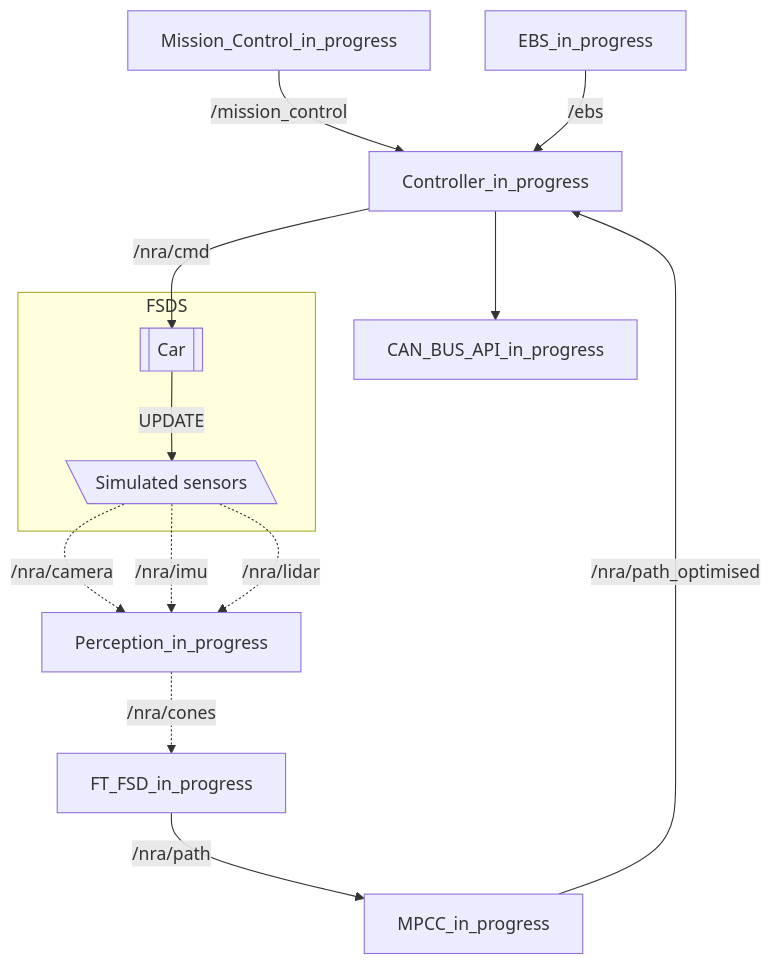
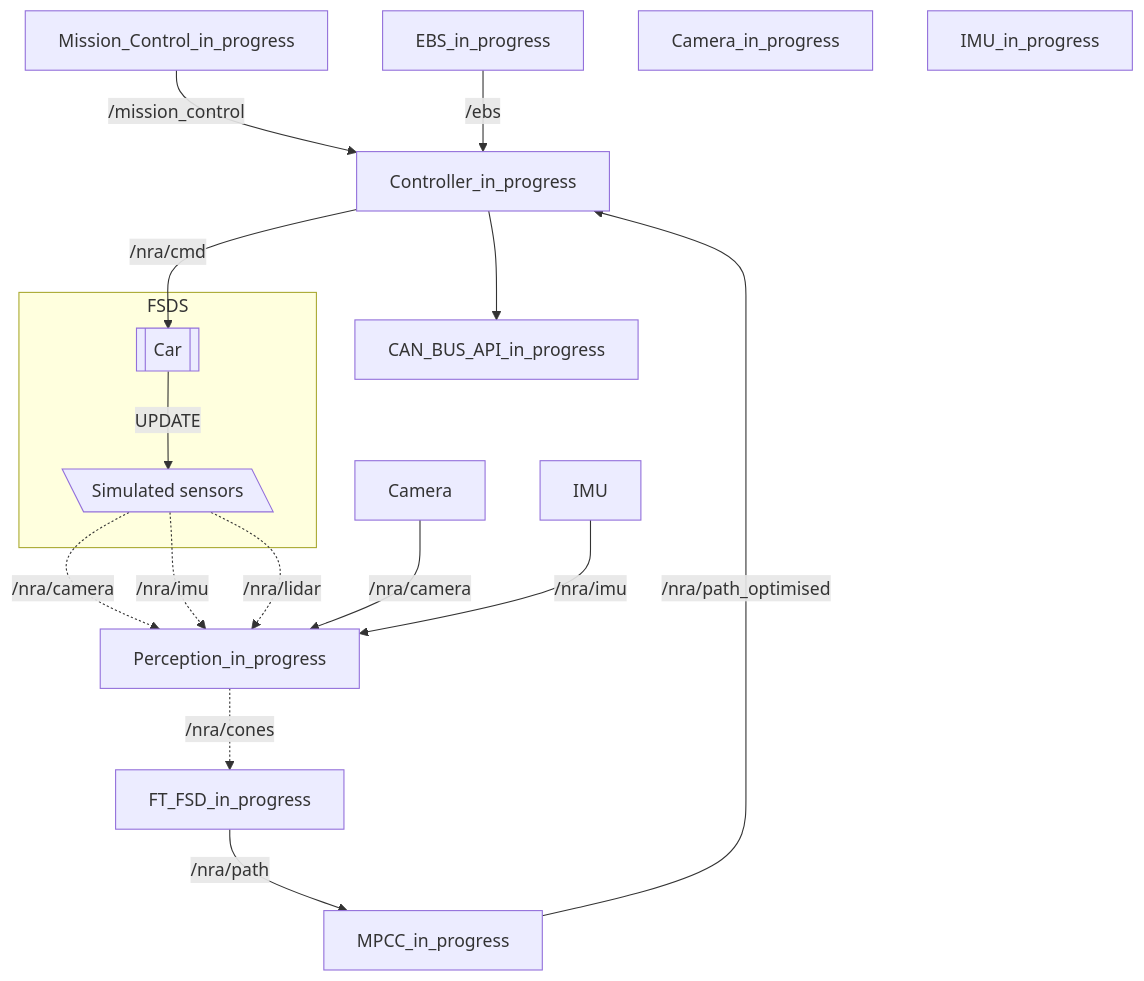
One commit to NewcastleRacingAI/eufs_sim changed the second of 2 diagrams in README.md. Above: the diagram before and after it, drawn with Mermaid. The commit also changed 16 other files, not shown here.

````diff
--- a/README.md
+++ b/README.md
@@ -116,28 +116,32 @@
 ```mermaid
 flowchart TD
     c[Controller_in_progress]
     p[Perception_in_progress]
     pl1[FT_FSD_in_progress]
     pl2[MPCC_in_progress]
     can[CAN_BUS_API_in_progress]
     miss[Mission_Control_in_progress]
     ebs[EBS_in_progress]
+    cam[Camera_in_progress]
+    imu[IMU_in_progress]
 
     subgraph FSDS
         ss[\Simulated sensors\]
         v[[Car]]
     end
 
     ss -. /nra/camera .-> p
     ss -. /nra/imu .-> p
     ss -. /nra/lidar .-> p
+    Camera -- /nra/camera --> p
+    IMU -- /nra/imu --> p  
     p -. /nra/cones .-> pl1
     pl1 -- /nra/path --> pl2
     pl2 -- /nra/path_optimised --> c
     c -- /nra/cmd --> v
     c --> can
 
     v -- UPDATE --> ss
     miss --/mission_control --> c
     ebs -- /ebs --> c
 ```
````
